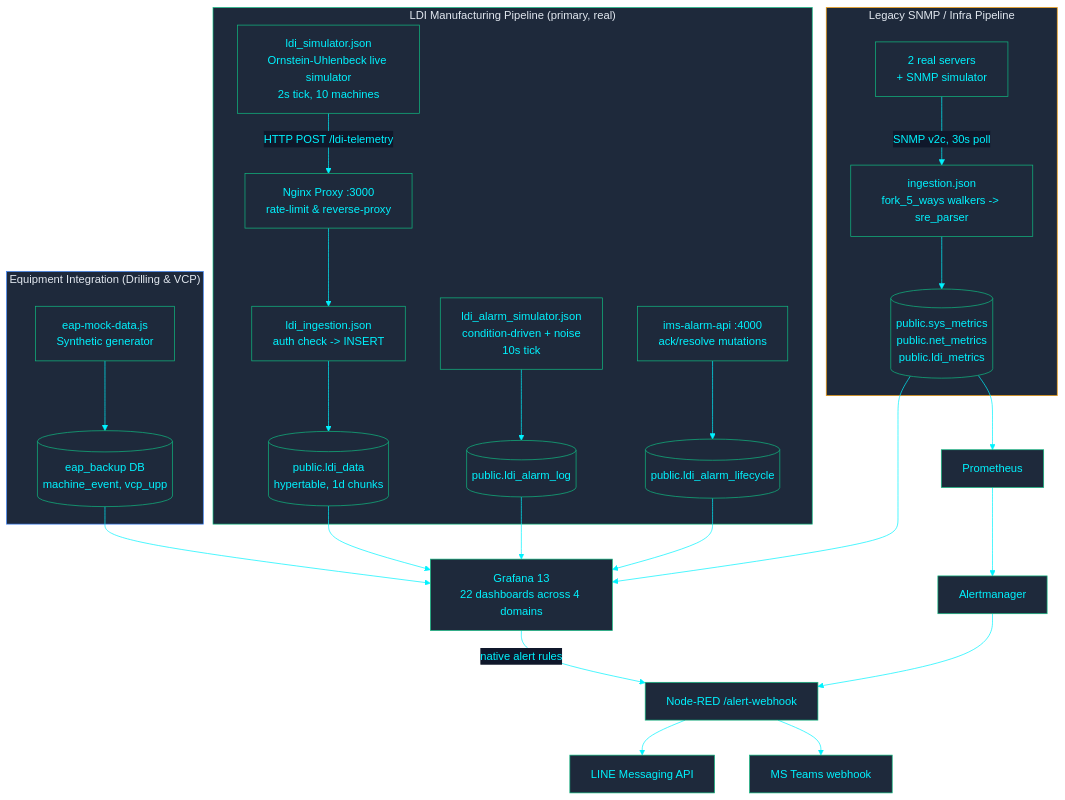
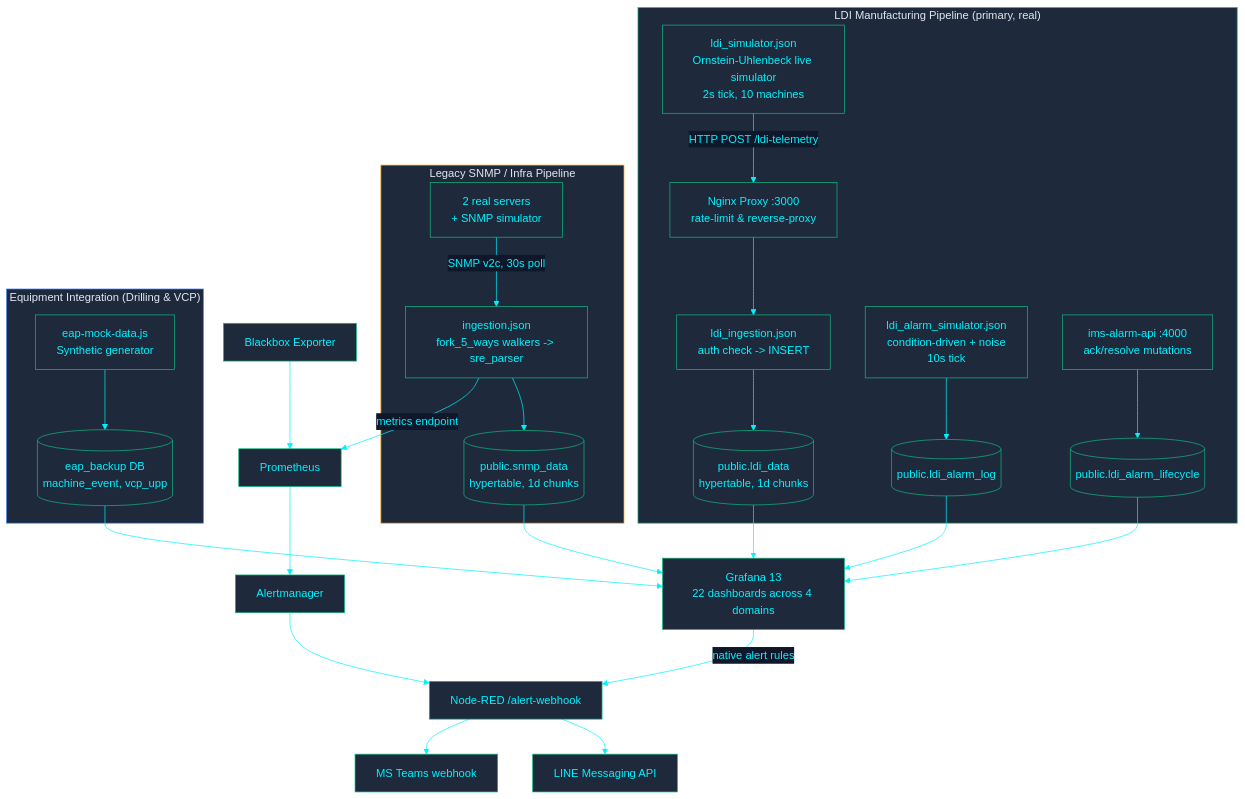
Before and after one commit to PATTANAKORN025/IMS: the diagram in docs/architecture/ARCHITECTURE.md, drawn with Mermaid. The commit also changed 36 other files, not shown here.

First line of the commit message:
fix(docs): reconcile 115 mermaid diagrams with architecture across 3 languages

````diff
--- a/docs/architecture/ARCHITECTURE.md
+++ b/docs/architecture/ARCHITECTURE.md
@@ -28,35 +28,36 @@
 ```mermaid
 %%{init: {'theme': 'base', 'themeVariables': { 'primaryColor': '#1e293b', 'primaryTextColor': '#00F2FE', 'primaryBorderColor': '#10B981', 'lineColor': '#00F2FE', 'secondaryColor': '#0f172a', 'tertiaryColor': '#0f172a', 'clusterBkg': '#030407', 'clusterBorder': '#00F2FE'}}}%%
 flowchart TB
  subgraph LDI ["LDI Manufacturing Pipeline (primary, real)"]
   SIM["ldi_simulator.json\nOrnstein-Uhlenbeck live simulator\n2s tick, 10 machines"] -->|"HTTP POST /ldi-telemetry"| PROXY["Nginx Proxy :3000\nrate-limit & reverse-proxy"]
   PROXY --> ING["ldi_ingestion.json\nauth check -> INSERT"]
   ING --> LDIDATA[("public.ldi_data\nhypertable, 1d chunks")]
   ALMSIM["ldi_alarm_simulator.json\ncondition-driven + noise\n10s tick"] --> ALARMLOG[("public.ldi_alarm_log")]
   ALARMAPI["ims-alarm-api :4000\nack/resolve mutations"] --> ALARMLC[("public.ldi_alarm_lifecycle")]
  end
 
  subgraph LEGACY ["Legacy SNMP / Infra Pipeline"]
   DEV["2 real servers\n+ SNMP simulator"] -->|"SNMP v2c, 30s poll"| NR["ingestion.json\nfork_5_ways walkers -> sre_parser"]
-  NR --> SYSMETRICS[("public.sys_metrics\npublic.net_metrics\npublic.ldi_metrics")]
+  NR --> SNMPDATA[("public.snmp_data\nhypertable, 1d chunks")]
  end
 
  subgraph EAP ["Equipment Integration (Drilling & VCP)"]
   MOCK["eap-mock-data.js\nSynthetic generator"] --> EAPDB[("eap_backup DB\nmachine_event, vcp_upp")]
  end
 
  LDIDATA --> GRAFANA["Grafana 13\n22 dashboards across 4 domains"]
  ALARMLOG --> GRAFANA
  ALARMLC --> GRAFANA
- SYSMETRICS --> GRAFANA
+ SNMPDATA --> GRAFANA
  EAPDB --> GRAFANA
- SYSMETRICS --> PROM["Prometheus"]
+ NR -->|"metrics endpoint"| PROM["Prometheus"]
+ BBOX["Blackbox Exporter"] --> PROM
  GRAFANA -->|"native alert rules"| NRWEBHOOK["Node-RED /alert-webhook"]
  PROM --> AM["Alertmanager"] --> NRWEBHOOK
  NRWEBHOOK --> LINE["LINE Messaging API"]
  NRWEBHOOK --> TEAMS["MS Teams webhook"]
 
  style LDI fill:#1e293b,stroke:#10B981,color:#e2e8f0
  style LEGACY fill:#1e293b,stroke:#F59E0B,color:#e2e8f0
  style EAP fill:#1e293b,stroke:#3B82F6,color:#e2e8f0
 ```
````
